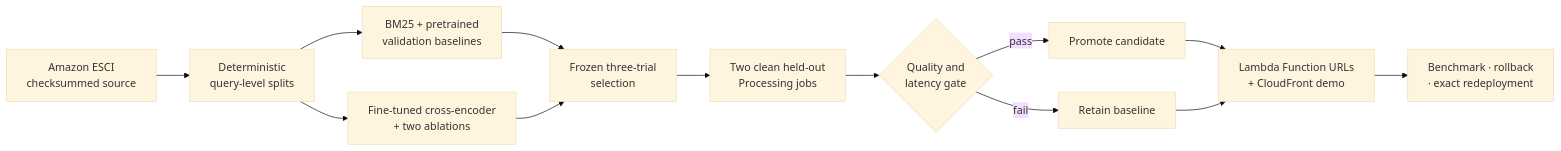
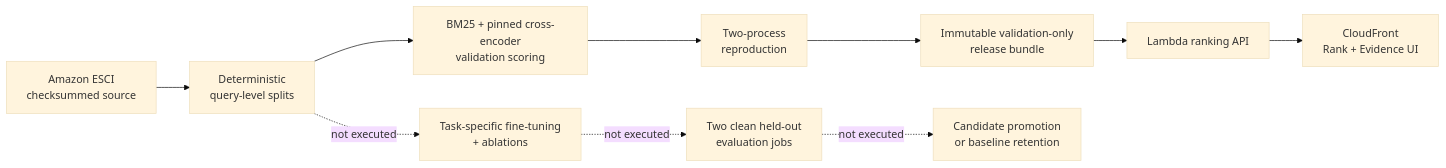
One commit to ArmanM1/machine-learning-product-search-ranking-platform changed the diagram in README.md. Above: the diagram before and after it, drawn with Mermaid (base theme). The commit also changed other lines of this file and 4 other files, not shown here.

Commit message:
docs: publish validation-only model evidence

````diff
--- a/README.md
+++ b/README.md
@@ -26,15 +40,12 @@
 ```mermaid
 flowchart LR
     A[Amazon ESCI<br/>checksummed source] --> B[Deterministic<br/>query-level splits]
-    B --> C[BM25 + pretrained<br/>validation baselines]
-    B --> D[Fine-tuned cross-encoder<br/>+ two ablations]
-    C --> E[Frozen three-trial<br/>selection]
-    D --> E
-    E --> F[Two clean held-out<br/>Processing jobs]
-    F --> G{Quality and<br/>latency gate}
-    G -->|pass| H[Promote candidate]
-    G -->|fail| I[Retain baseline]
-    H --> J[Lambda Function URLs<br/>+ CloudFront demo]
-    I --> J
-    J --> K[Benchmark · rollback<br/>· exact redeployment]
+    B --> C[BM25 + pinned cross-encoder<br/>validation scoring]
+    C --> D[Two-process<br/>reproduction]
+    D --> E[Immutable validation-only<br/>release bundle]
+    E --> F[Lambda ranking API]
+    F --> G[CloudFront<br/>Rank + Evidence UI]
+    B -. not executed .-> H[Task-specific fine-tuning<br/>+ ablations]
+    H -. not executed .-> I[Two clean held-out<br/>evaluation jobs]
+    I -. not executed .-> J[Candidate promotion<br/>or baseline retention]
 ```
````
